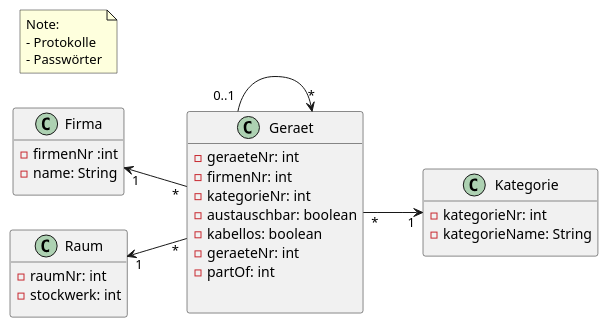
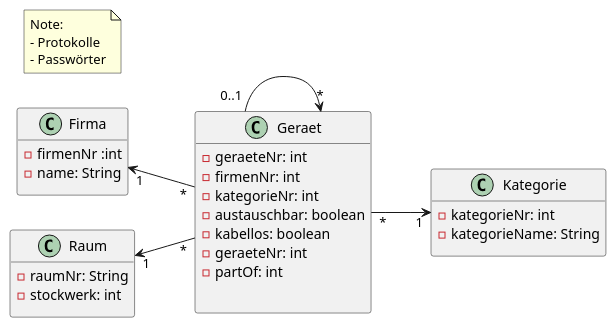
The diagram in asciidocs/plantuml/erd.puml (2122-3bhitm-itp/02-project-diagramm-generator), drawn with PlantUML before and after one commit.

Commit message:
Moritz Eder - RaumNr zu String

```diff
--- a/asciidocs/plantuml/erd.puml
+++ b/asciidocs/plantuml/erd.puml
@@ -1,69 +1,46 @@
 @startuml
 'https://plantuml.com/class-diagram
 left to right direction
 class Firma {
 - firmenNr :int
 - name: String
 ||
 }
 class Raum {
- - raumNr: int
+ - raumNr: String
  - stockwerk: int
  ||
 }
 class Geraet {
  - geraeteNr: int
  - firmenNr: int
  - kategorieNr: int
  - austauschbar: boolean
  - kabellos: boolean
  -  geraeteNr: int
  - partOf: int
 
 ||
 }
 class Kategorie {
  - kategorieNr: int
  - kategorieName: String
 ||
 }
-/'class Termin {
-    - terminNr: int
-    - datum: Date
-||
-}
-
-class Wartung {
-    - wartungsNr: int
-   - terminNr : int
-   - feuerloescherNr: int
-   ||
-}
-
-class Benachrichtigung {
-  - id:int
-  - nachricht: String
-  - typ: String
-  ||
-}'/
-
-'Device "*" --  "*" Termin
-
-'(Device,Termin) .. Wartung
 
 Raum "1" <-- "*" Geraet
 
 Firma "1" <-- "*" Geraet
 
 Geraet "0..1" --> "*" Geraet
 
 Geraet "*" --> "1" Kategorie
 
 note as kommentar
 Note:
 - Protokolle
 - Passwörter
 end note
 
 
 @enduml
```
